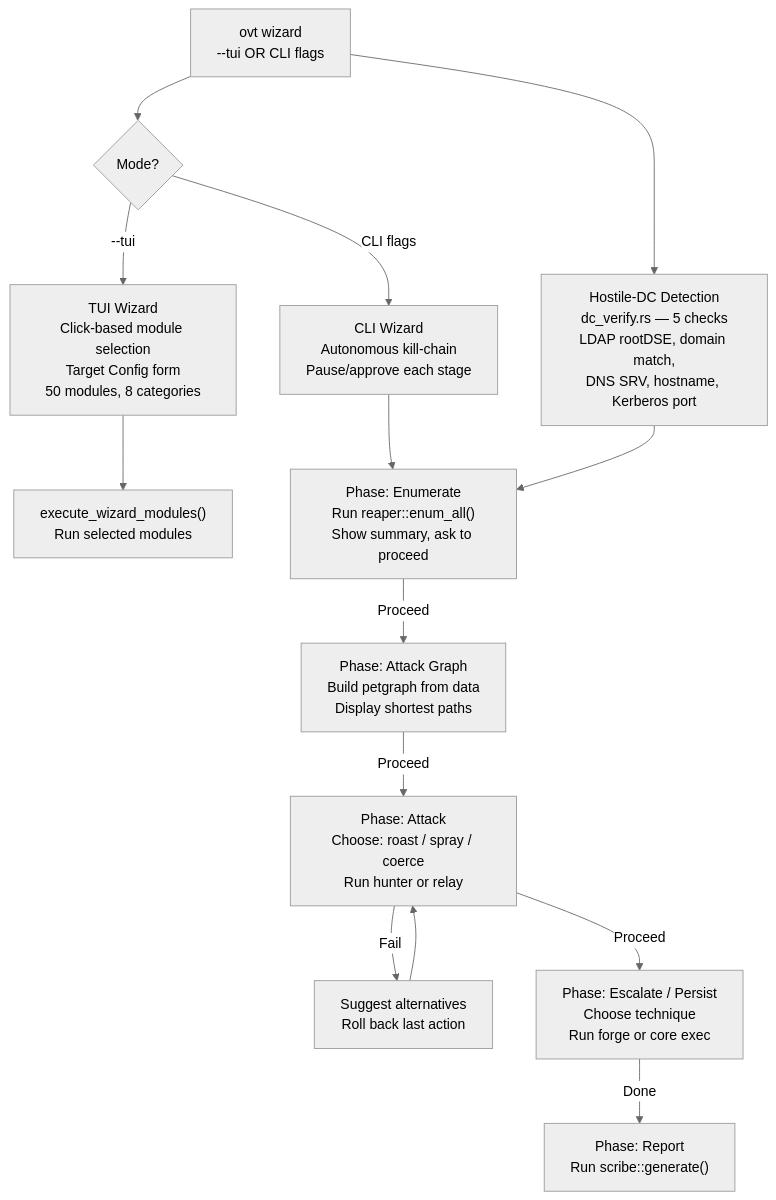
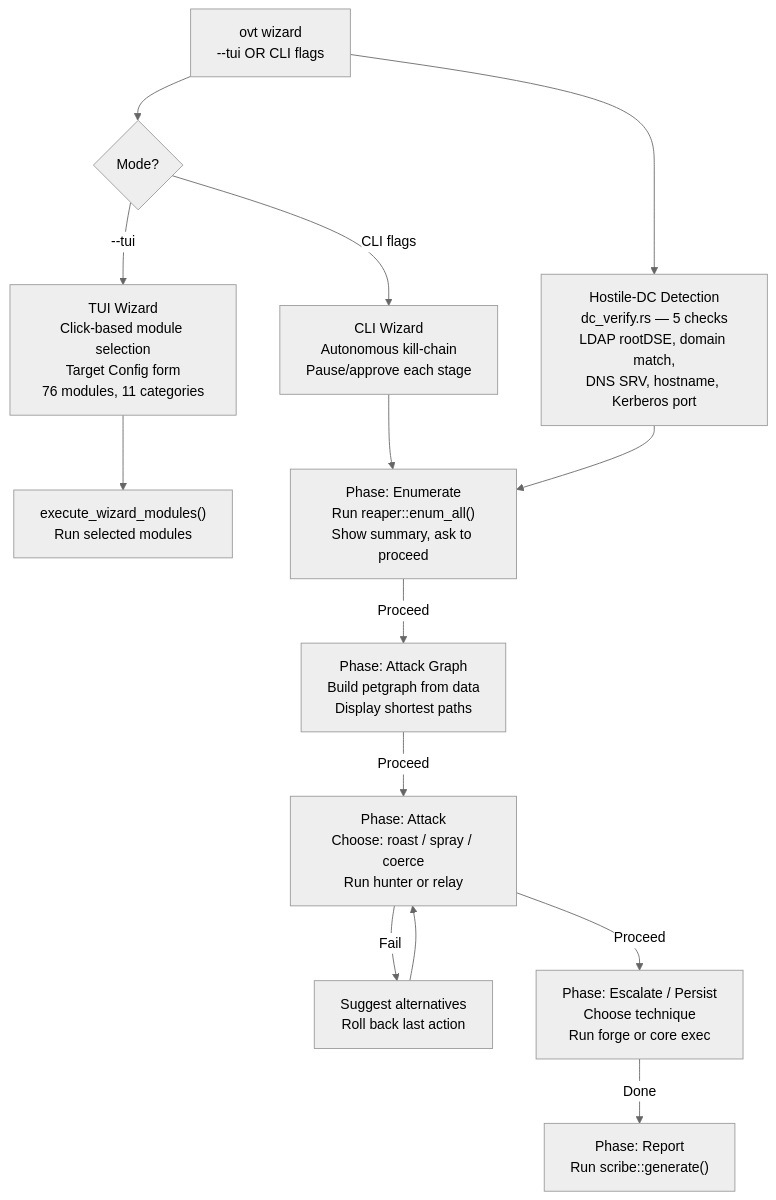
Before and after one commit to Karmanya03/Overthrone: diagram 17 of 35 in ARCHITECTURE.md, drawn with Mermaid (neutral theme). The commit also changed other lines of this file and 6 other files, not shown here.

First line of the commit message:
feat(wizard-tui): add AMSI/EDR bypass, PowerUpSQL, PowerView modules (76 modules, 11 categories)

````diff
--- a/ARCHITECTURE.md
+++ b/ARCHITECTURE.md
@@ -560,19 +562,19 @@
 ```mermaid
 flowchart TD
     WIZ["ovt wizard<br/>--tui OR CLI flags"] --> MODE{Mode?}
-    MODE -->|"--tui"| TUI["TUI Wizard<br/>Click-based module selection<br/>Target Config form<br/>50 modules, 8 categories"]
+    MODE -->|"--tui"| TUI["TUI Wizard<br/>Click-based module selection<br/>Target Config form<br/>76 modules, 11 categories"]
     MODE -->|"CLI flags"| CLI["CLI Wizard<br/>Autonomous kill-chain<br/>Pause/approve each stage"]
     
     TUI --> EXEC["execute_wizard_modules()<br/>Run selected modules"]
     CLI --> PHASE1["Phase: Enumerate<br/>Run reaper::enum_all()<br/>Show summary, ask to proceed"]
     
     PHASE1 -->|Proceed| PHASE2["Phase: Attack Graph<br/>Build petgraph from data<br/>Display shortest paths"]
     PHASE2 -->|Proceed| PHASE3["Phase: Attack<br/>Choose: roast / spray / coerce<br/>Run hunter or relay"]
     PHASE3 -->|Fail| RETRY["Suggest alternatives<br/>Roll back last action"]
     RETRY --> PHASE3
     PHASE3 -->|Proceed| PHASE4["Phase: Escalate / Persist<br/>Choose technique<br/>Run forge or core exec"]
     PHASE4 -->|Done| REPORT["Phase: Report<br/>Run scribe::generate()"]
     
     WIZ --> DETECT["Hostile-DC Detection<br/>dc_verify.rs — 5 checks<br/>LDAP rootDSE, domain match,<br/>DNS SRV, hostname, Kerberos port"]
     DETECT --> PHASE1
 ```
````
